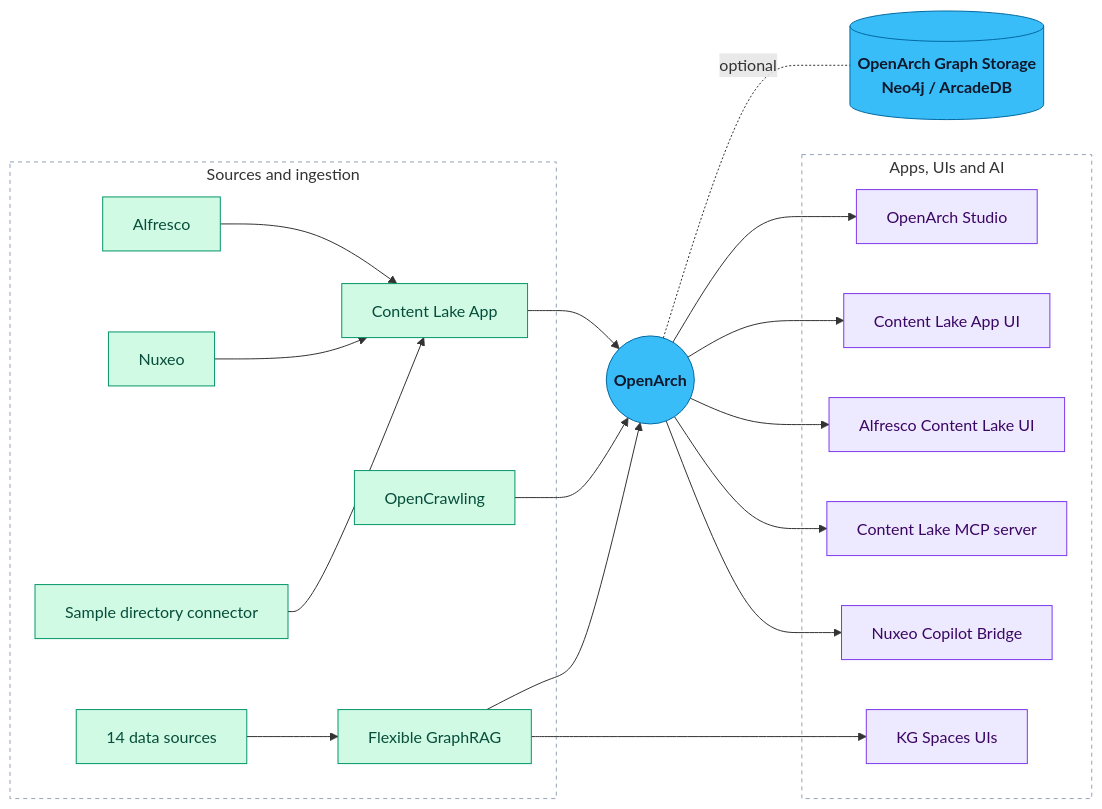
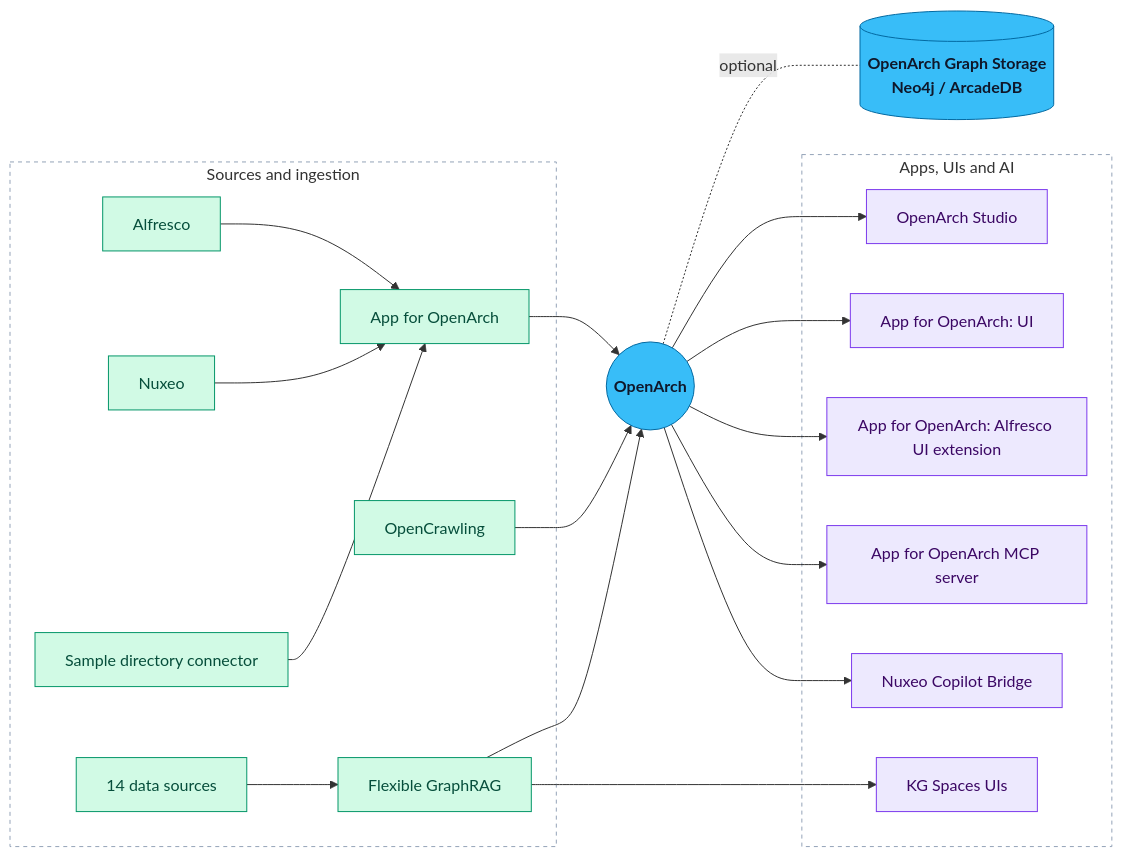
The diagram in README.md (AlfrescoLabs/awesome-openarch), drawn with Mermaid before and after one commit. The commit also changed other lines of this file, not shown here.

Commit message:
Use the names App for OpenArch and CLI for OpenArch

````diff
--- a/README.md
+++ b/README.md
@@ -59,61 +59,61 @@
 ```mermaid
 graph LR
     subgraph Sources["Sources and ingestion"]
         ACS[Alfresco]
         NUX[Nuxeo]
-        CLA[Content Lake App]
+        CLA["App for OpenArch"]
         OC[OpenCrawling]
         SDC[Sample directory connector]
         DS14[14 data sources]
         FGA[Flexible GraphRAG]
     end
 
     OA((OpenArch))
     GS[(OpenArch Graph Storage<br/>Neo4j / ArcadeDB)]
 
     subgraph Apps["Apps, UIs and AI"]
         STU[OpenArch Studio]
-        CLUI[Content Lake App UI]
-        ACLUI[Alfresco Content Lake UI]
-        MCP[Content Lake MCP server]
+        CLUI["App for OpenArch: UI"]
+        ACLUI["App for OpenArch: Alfresco UI extension"]
+        MCP["App for OpenArch MCP server"]
         NCB[Nuxeo Copilot Bridge]
         KGS[KG Spaces UIs]
     end
 
     ACS --> CLA
     NUX --> CLA
     CLA --> OA
     OC --> OA
     SDC --> CLA
     DS14 --> FGA
     FGA --> OA
     OA -. optional .- GS
     OA --> STU
     OA --> CLUI
     OA --> ACLUI
     OA --> MCP
     OA --> NCB
     FGA --> KGS
 
     click CLA "https://github.com/AlfrescoLabs/content-lake-app"
     click OC "https://github.com/opencrawling/opencrawling"
     click SDC "https://github.com/AlfrescoLabs/content-lake-app/tree/main/plugins/examples/sample-directory-connector"
     click FGA "https://github.com/stevereiner/flexible-graphrag"
     click OA "https://github.com/Hyland/OpenArch"
     click GS "https://github.com/stevereiner/openarch-graph-storage"
     click STU "https://github.com/haaldinger/openarch-studio"
     click CLUI "https://github.com/AlfrescoLabs/content-lake-app-ui"
     click ACLUI "https://github.com/AlfrescoLabs/alfresco-content-lake-ui"
     click MCP "https://github.com/AlfrescoLabs/content-lake-app"
     click NCB "https://www.prime-force.com"
     click KGS "https://github.com/stevereiner/kg-spaces-aca"
 
     classDef source fill:#d1fae5,stroke:#059669,color:#064e3b
     classDef core fill:#38bdf8,stroke:#0369a1,color:#0f172a,font-weight:bold
     classDef app fill:#ede9fe,stroke:#7c3aed,color:#3b0764
     class ACS,NUX,CLA,OC,SDC,DS14,FGA source
     class OA,GS core
     class STU,CLUI,ACLUI,MCP,NCB,KGS app
     style Sources fill:transparent,stroke:#94a3b8,stroke-dasharray:4 4
     style Apps fill:transparent,stroke:#94a3b8,stroke-dasharray:4 4
 ```
````
